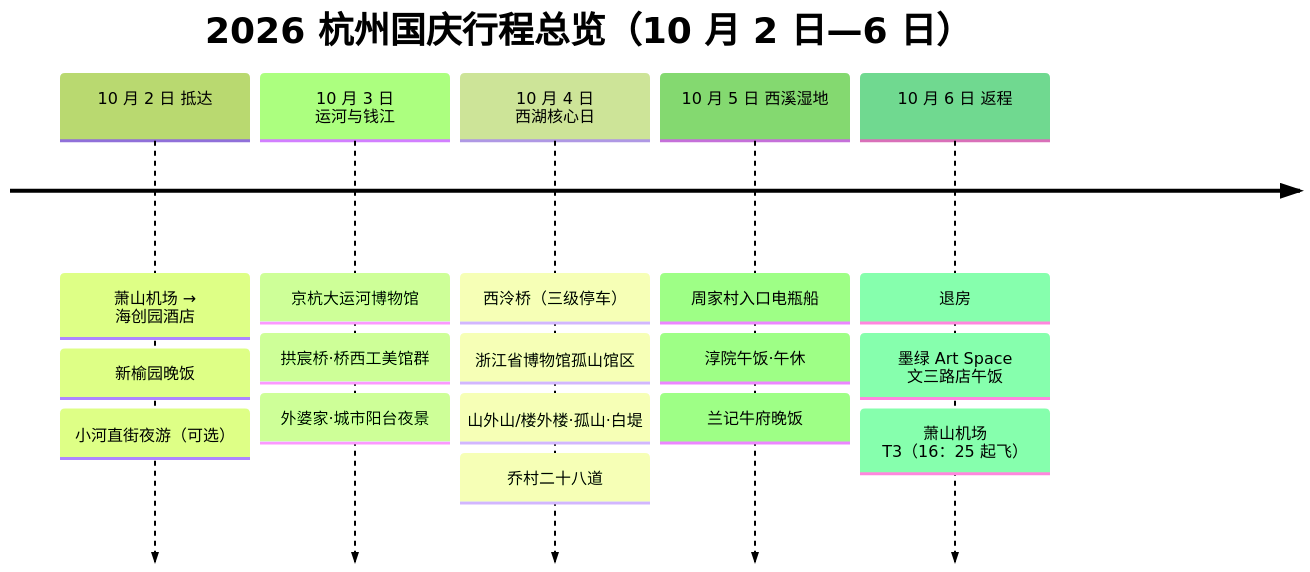
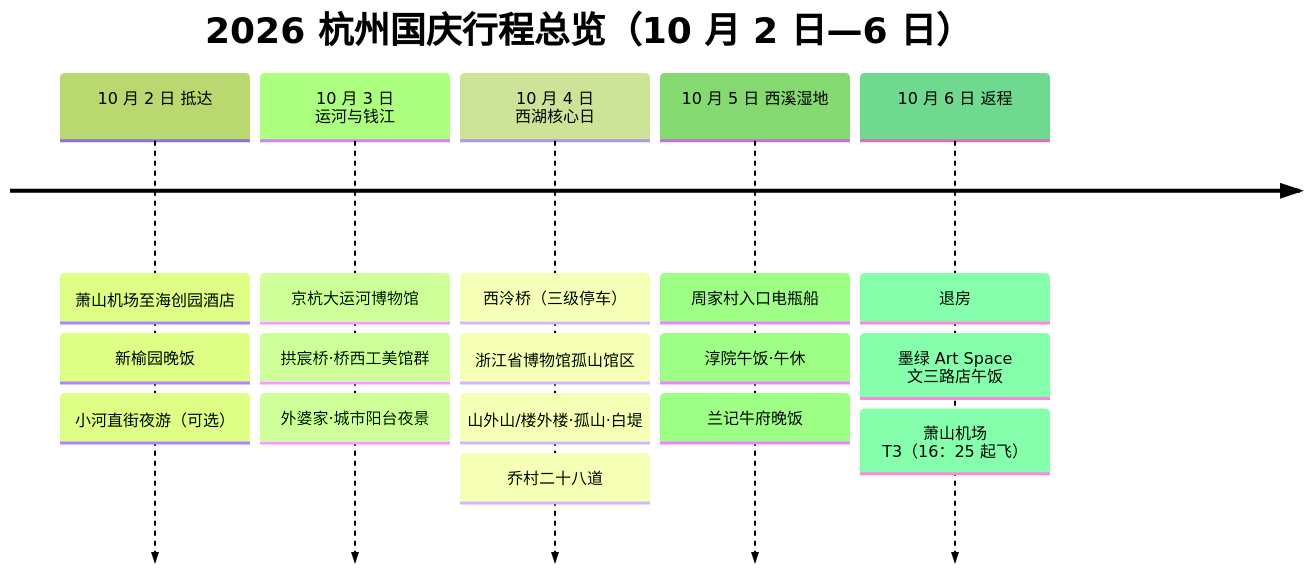
The diagram in docs/index.md (TheShadow178/hangzhou-trip), drawn with Mermaid (forest theme) before and after one commit. The commit also changed 1 other file, not shown here.

Commit message:
修复 mermaid：节点文本内 U+2192 箭头导致整页解析失败，改用文字

````diff
--- a/docs/index.md
+++ b/docs/index.md
@@ -73,9 +73,9 @@
 ```mermaid
 timeline
     title 2026 杭州国庆行程总览（10 月 2 日—6 日）
-        10 月 2 日 抵达 : 萧山机场 → 海创园酒店 : 新榆园晚饭 : 小河直街夜游（可选）
+        10 月 2 日 抵达 : 萧山机场至海创园酒店 : 新榆园晚饭 : 小河直街夜游（可选）
         10 月 3 日 运河与钱江 : 京杭大运河博物馆 : 拱宸桥·桥西工美馆群 : 外婆家·城市阳台夜景
         10 月 4 日 西湖核心日 : 西泠桥（三级停车） : 浙江省博物馆孤山馆区 : 山外山/楼外楼·孤山·白堤 : 乔村二十八道
         10 月 5 日 西溪湿地 : 周家村入口电瓶船 : 淳院午饭·午休 : 兰记牛府晚饭
         10 月 6 日 返程 : 退房 : 墨绿 Art Space 文三路店午饭 : 萧山机场 T3（16：25 起飞）
 ```
````
